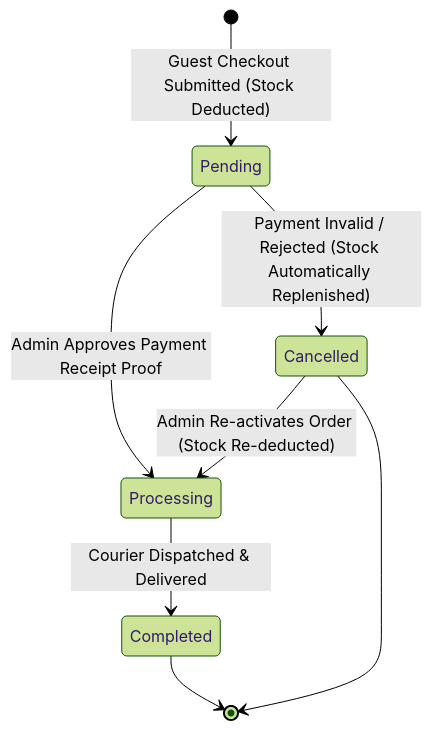
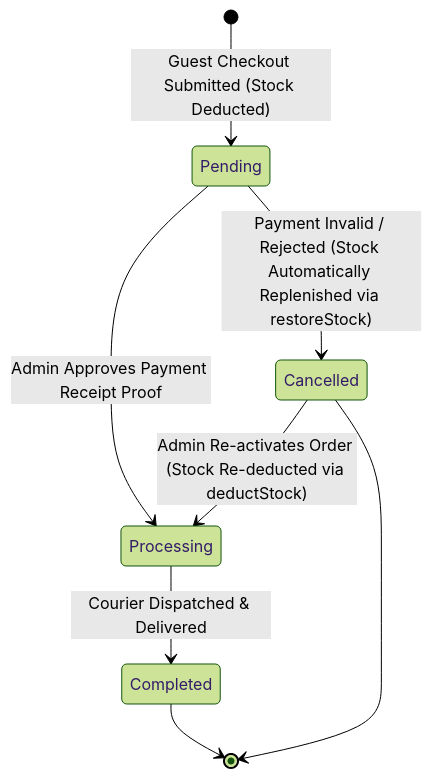
Before and after one commit to aam19azmi/Mini-E-Commerce-and-Realtime-Dashboard: the third of 6 diagrams in docs/SYSTEM_FLOWCHART.md, drawn with Mermaid (forest theme). The commit also changed other lines of this file and 14 other files, not shown here.

````diff
--- a/docs/SYSTEM_FLOWCHART.md
+++ b/docs/SYSTEM_FLOWCHART.md
@@ -79,10 +84,10 @@
 ```mermaid
 stateDiagram-v2
     [*] --> Pending: Guest Checkout Submitted (Stock Deducted)
     Pending --> Processing: Admin Approves Payment Receipt Proof
-    Pending --> Cancelled: Payment Invalid / Rejected (Stock Automatically Replenished)
+    Pending --> Cancelled: Payment Invalid / Rejected (Stock Automatically Replenished via restoreStock)
     Processing --> Completed: Courier Dispatched & Delivered
-    Cancelled --> Processing: Admin Re-activates Order (Stock Re-deducted)
+    Cancelled --> Processing: Admin Re-activates Order (Stock Re-deducted via deductStock)
     Completed --> [*]
     Cancelled --> [*]
 ```
````
